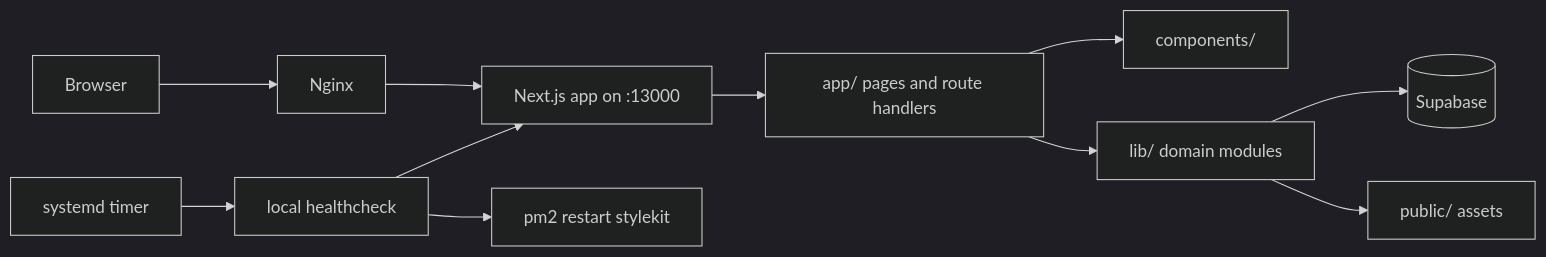
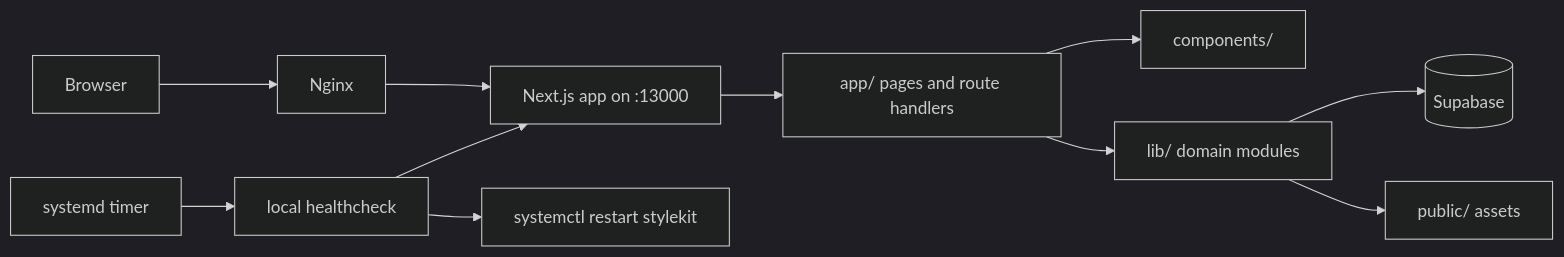
The diagram in docs/PROJECT_STRUCTURE.md (AnxForever/stylekit), drawn with Mermaid (dark theme) before and after one commit. The commit also changed other lines of this file and 2 other files, not shown here.

First line of the commit message:
docs: describe the systemd production deployment

````diff
--- a/docs/PROJECT_STRUCTURE.md
+++ b/docs/PROJECT_STRUCTURE.md
@@ -37,13 +37,13 @@
 ```mermaid
 flowchart LR
   Browser --> Nginx
   Nginx --> Next[Next.js app on :13000]
   Next --> AppRoutes[app/ pages and route handlers]
   AppRoutes --> Components[components/]
   AppRoutes --> Lib[lib/ domain modules]
   Lib --> Supabase[(Supabase)]
   Lib --> Static[public/ assets]
   Ops[systemd timer] --> Health[local healthcheck]
   Health --> Next
-  Health --> PM2[pm2 restart stylekit]
+  Health --> Systemd[systemctl restart stylekit]
 ```
````
